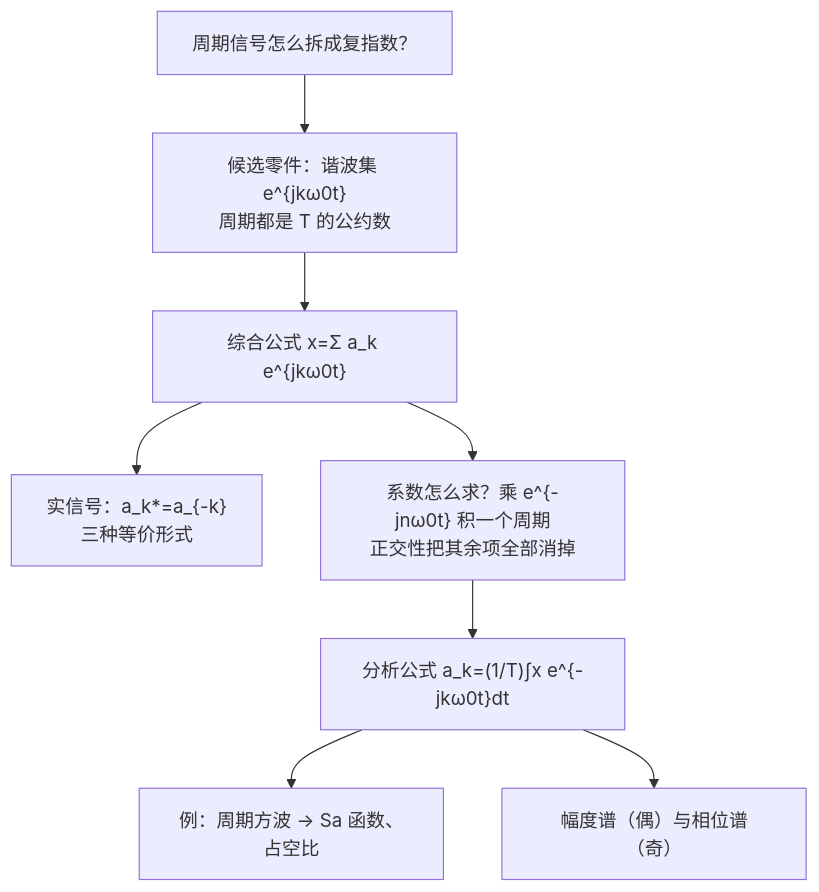
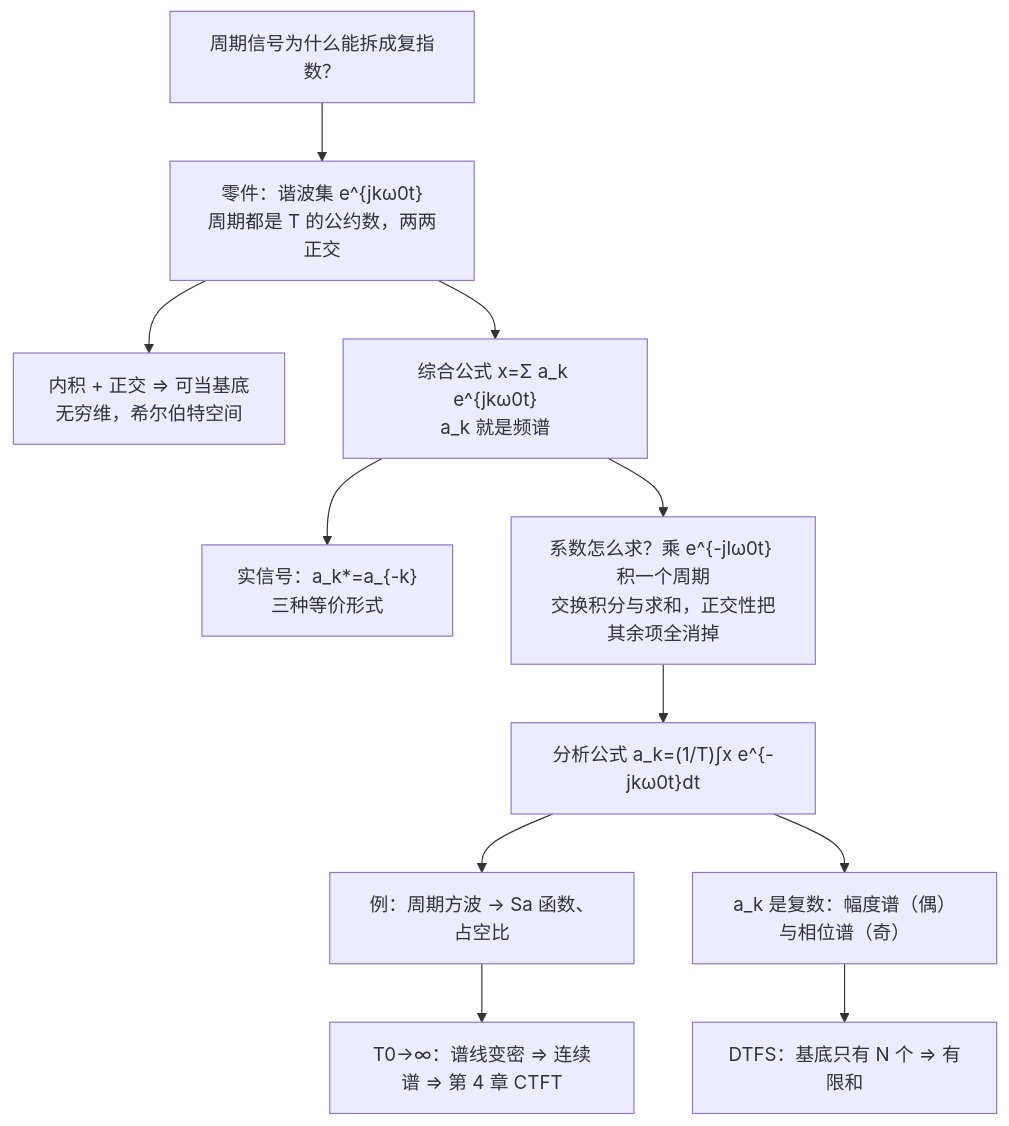
Before and after one commit to KayeAdams515/ClaudeNotes: the diagram in 信号与系统/C3.2 连续时间傅里叶级数.md, drawn with Mermaid. The commit also changed other lines of this file and 23 other files, not shown here.

````diff
--- a/信号与系统/C3.2 连续时间傅里叶级数.md
+++ b/信号与系统/C3.2 连续时间傅里叶级数.md
@@ -29,10 +38,13 @@
 ```mermaid
 flowchart TD
-    A["周期信号怎么拆成复指数？"] --> B["候选零件：谐波集 e^{jkω0t}<br/>周期都是 T 的公约数"]
-    B --> C["综合公式 x=Σ a_k e^{jkω0t}"]
+    A["周期信号为什么能拆成复指数？"] --> B["零件：谐波集 e^{jkω0t}<br/>周期都是 T 的公约数，两两正交"]
+    B --> B1["内积 + 正交 ⇒ 可当基底<br/>无穷维，希尔伯特空间"]
+    B --> C["综合公式 x=Σ a_k e^{jkω0t}<br/>a_k 就是频谱"]
     C --> D["实信号：a_k*=a_{-k}<br/>三种等价形式"]
-    C --> E["系数怎么求？乘 e^{-jnω0t} 积一个周期<br/>正交性把其余项全部消掉"]
+    C --> E["系数怎么求？乘 e^{-jlω0t} 积一个周期<br/>交换积分与求和，正交性把其余项全消掉"]
     E --> F["分析公式 a_k=(1/T)∫x e^{-jkω0t}dt"]
     F --> G["例：周期方波 → Sa 函数、占空比"]
-    F --> H["幅度谱（偶）与相位谱（奇）"]
+    F --> H["a_k 是复数：幅度谱（偶）与相位谱（奇）"]
+    G --> I["T0→∞：谱线变密 ⇒ 连续谱 ⇒ 第 4 章 CTFT"]
+    H --> J["DTFS：基底只有 N 个 ⇒ 有限和"]
 ```
````
